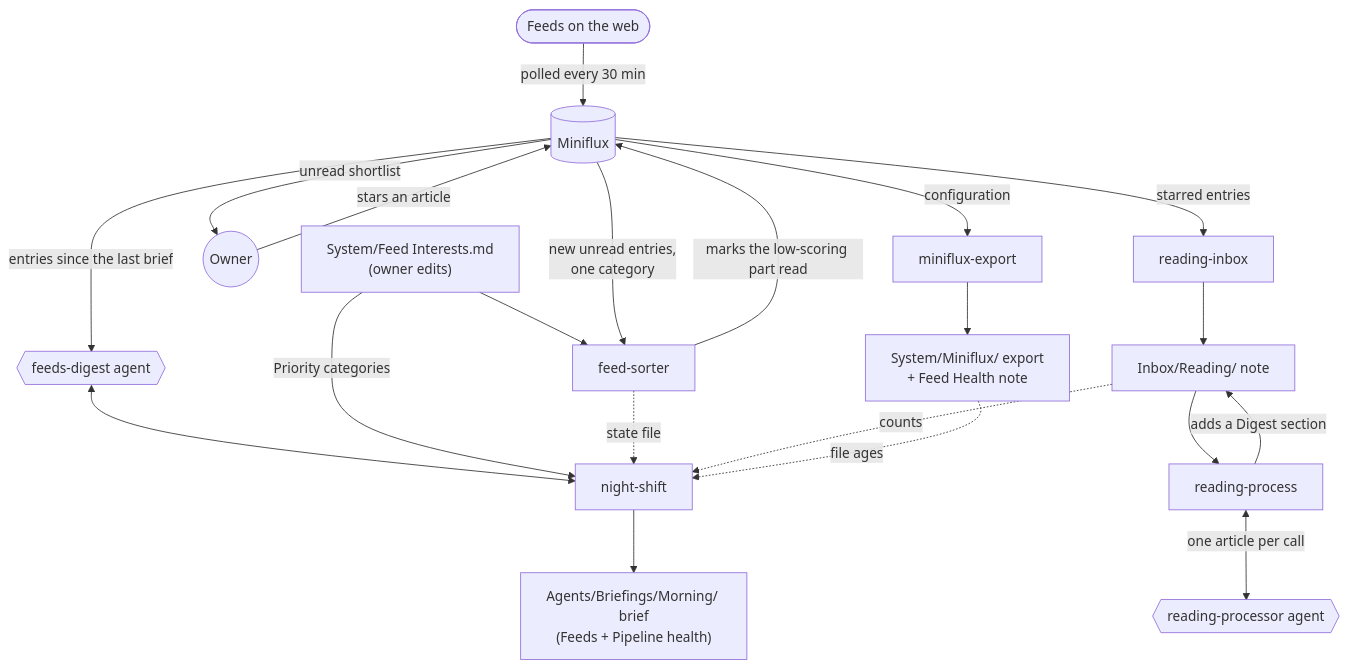
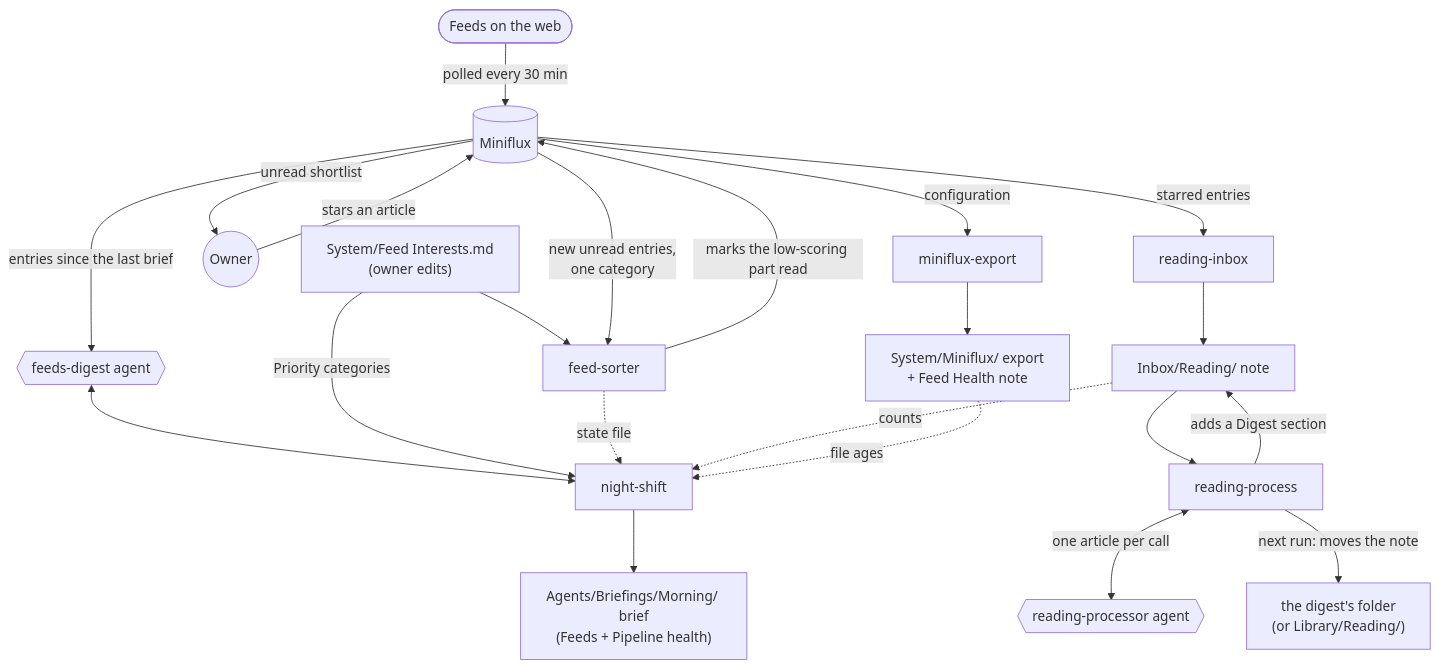
One commit to dapperdivers/dapper-cluster changed the diagram in kubernetes/apps/selfhosted/obsidian-vault/README.md. Above: the diagram before and after it, drawn with Mermaid. The commit also changed other lines of this file and 2 other files, not shown here.

Commit message:
feat(obsidian-vault): file digested reading notes automatically

````diff
--- a/kubernetes/apps/selfhosted/obsidian-vault/README.md
+++ b/kubernetes/apps/selfhosted/obsidian-vault/README.md
@@ -19,23 +19,24 @@
 ```mermaid
 flowchart TD
     web(["Feeds on the web"]) -->|"polled every 30 min"| mf[("Miniflux")]
     profile["System/Feed Interests.md<br/>(owner edits)"] --> sorter
     mf -->|"new unread entries,<br/>one category"| sorter["feed-sorter"]
     sorter -->|"marks the low-scoring part read"| mf
     mf -->|"unread shortlist"| owner(("Owner"))
     owner -->|"stars an article"| mf
     mf -->|"starred entries"| inbox["reading-inbox"]
     inbox --> note["Inbox/Reading/ note"]
     note --> process["reading-process"]
     process <-->|"one article per call"| rp{{"reading-processor agent"}}
     process -->|"adds a Digest section"| note
+    process -->|"next run: moves the note"| filed["the digest's folder<br/>(or Library/Reading/)"]
     mf -->|"entries since the last brief"| fd{{"feeds-digest agent"}}
     fd <--> shift["night-shift"]
     profile -->|"Priority categories"| shift
     shift --> brief["Agents/Briefings/Morning/ brief<br/>(Feeds + Pipeline health)"]
     mf -->|"configuration"| export["miniflux-export"]
     export --> copy["System/Miniflux/ export<br/>+ Feed Health note"]
     sorter -.->|"state file"| shift
     note -.->|"counts"| shift
     copy -.->|"file ages"| shift
 ```
````
